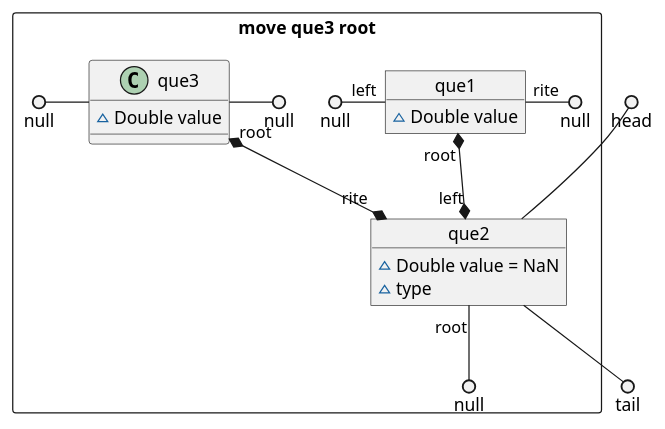
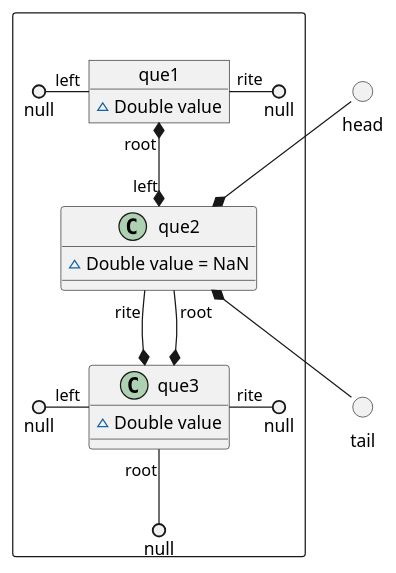
Before and after one commit to vitalispopoff/calculator: the diagram in src/docs/UML/reorderScheme/_07_queue.puml, drawn with PlantUML. The commit also changed 16 other files, not shown here.

```diff
--- a/src/docs/UML/reorderScheme/_07_queue.puml
+++ b/src/docs/UML/reorderScheme/_07_queue.puml
@@ -1,30 +1,33 @@
 @startuml
 
-package  "move que3 root" <<Rectangle>>{
+() head
+() tail
+
+package " " <<Rectangle>>{
+
+    head --*  que2
 
     object que1{
         ~ Double value
     }
         null ()- "left" que1
         que1 "rite" -() null
+        que1 "root" *--* "left" que2
 
     object que2{
         ~ Double value = NaN
-        ~ type
     }
-        que1 "root" *--* "left" que2
-        que3 "root" *--* "rite" que2
-        que2 "root" --() null
+        que2 "rite" --* que3
+        que2 *-- tail
+        que2 "root" --*  que3
 
     object que3{
         ~ Double value
     }
-        null ()- que3
-        que3 -() null
+        null ()- "left" que3
+        que3 "rite" -() null
+        que3 "root" --() null
 
 }
 
-     head ()-- que2
-     que2 --() tail
-
 @enduml
```
